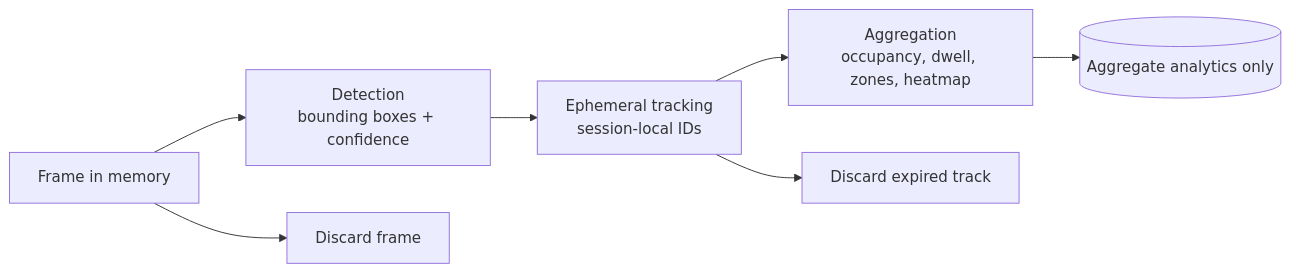
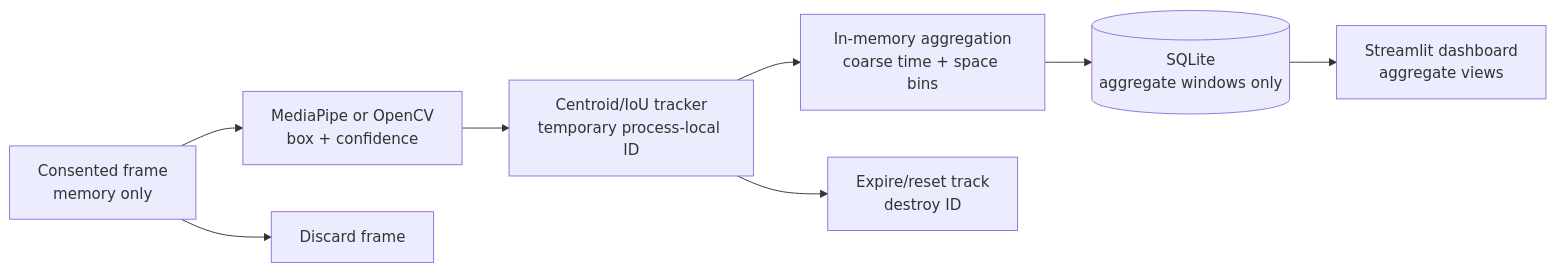
Before and after one commit to jaeferys/privacy-conscious-face-analytics: the diagram in README.md, drawn with Mermaid. The commit also changed other lines of this file and 12 other files, not shown here.

````diff
--- a/README.md
+++ b/README.md
@@ -33,9 +47,10 @@
 ```mermaid
 flowchart LR
-    A[Frame in memory] --> B[Detection<br/>bounding boxes + confidence]
-    B --> C[Ephemeral tracking<br/>session-local IDs]
-    C --> D[Aggregation<br/>occupancy, dwell, zones, heatmap]
-    D --> E[(Aggregate analytics only)]
-    A --> F[Discard frame]
-    C --> G[Discard expired track]
+    A[Consented frame<br/>memory only] --> B[MediaPipe or OpenCV<br/>box + confidence]
+    B --> C[Centroid/IoU tracker<br/>temporary process-local ID]
+    C --> D[In-memory aggregation<br/>coarse time + space bins]
+    D --> E[(SQLite<br/>aggregate windows only)]
+    E --> F[Streamlit dashboard<br/>aggregate views]
+    A --> X[Discard frame]
+    C --> Y[Expire/reset track<br/>destroy ID]
 ```
````
